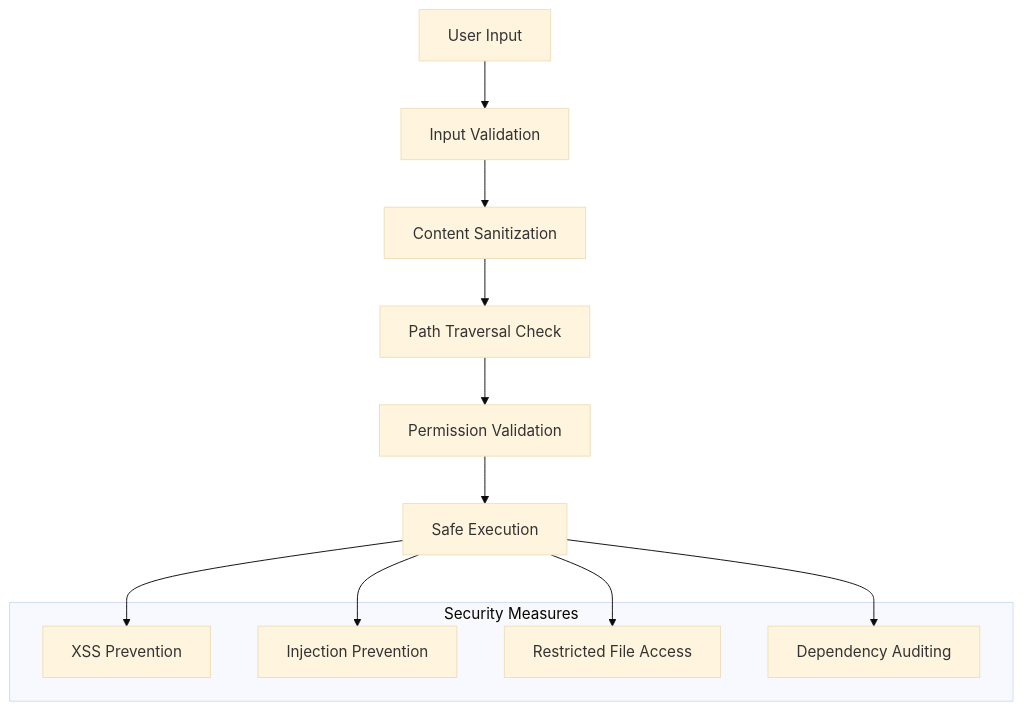
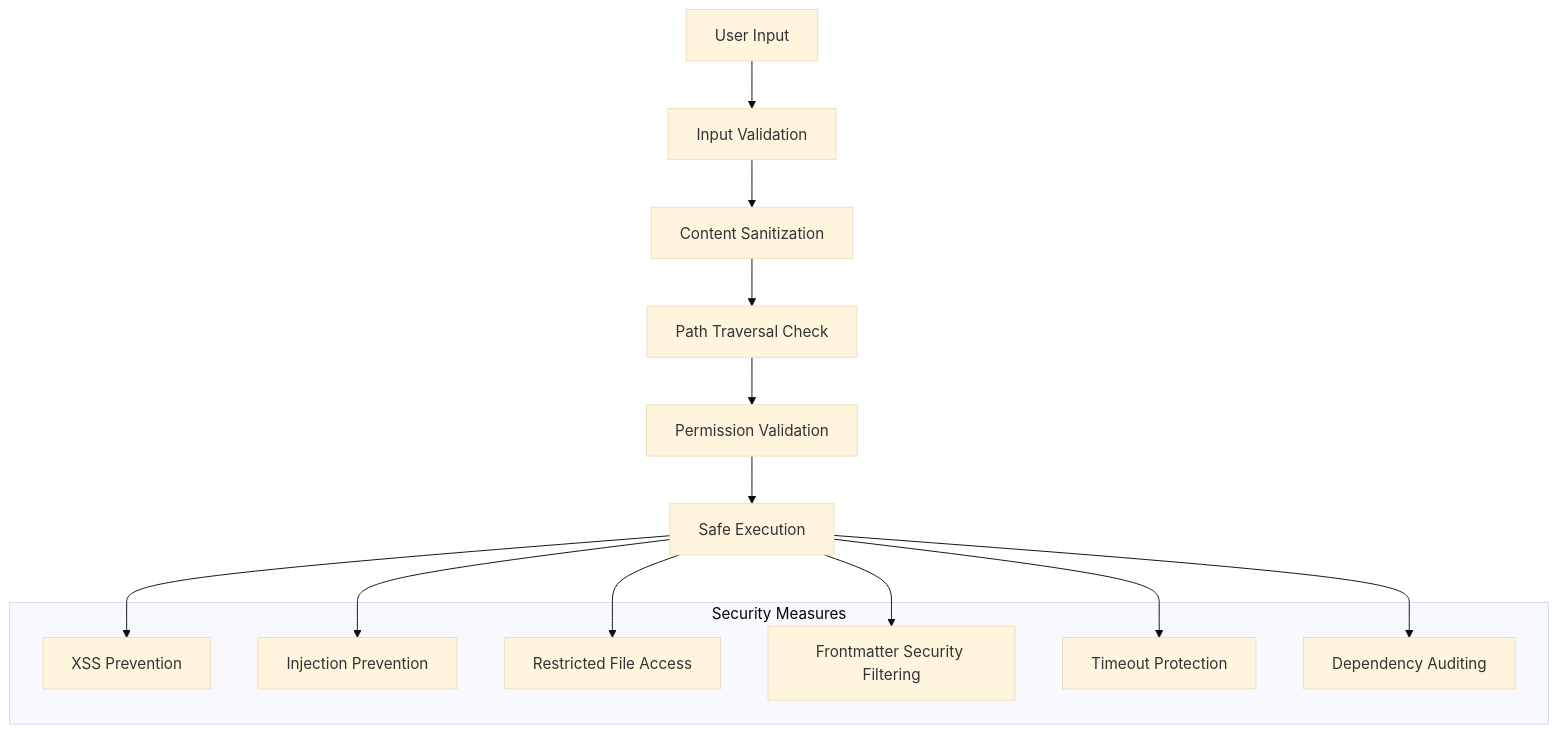
Diagram 23 of 27 in docs/ARCHITECTURE.md (petalo/legal-markdown-js), drawn with Mermaid (base theme) before and after one commit. The commit also changed other lines of this file and 29 other files, not shown here.

````diff
--- a/docs/ARCHITECTURE.md
+++ b/docs/ARCHITECTURE.md
@@ -805,20 +928,24 @@
 ```mermaid
 flowchart TD
     INPUT[User Input] --> VALIDATE[Input Validation]
     VALIDATE --> SANITIZE[Content Sanitization]
     SANITIZE --> PATH_CHECK[Path Traversal Check]
     PATH_CHECK --> PERMISSION[Permission Validation]
     PERMISSION --> SAFE_EXEC[Safe Execution]
 
     subgraph "Security Measures"
         XSS[XSS Prevention]
         INJECTION[Injection Prevention]
         FILE_ACCESS[Restricted File Access]
+        FRONTMATTER_SEC[Frontmatter Security Filtering]
+        TIMEOUT_PROTECTION[Timeout Protection]
         AUDIT[Dependency Auditing]
     end
 
     SAFE_EXEC --> XSS
     SAFE_EXEC --> INJECTION
     SAFE_EXEC --> FILE_ACCESS
+    SAFE_EXEC --> FRONTMATTER_SEC
+    SAFE_EXEC --> TIMEOUT_PROTECTION
     SAFE_EXEC --> AUDIT
 ```
````
